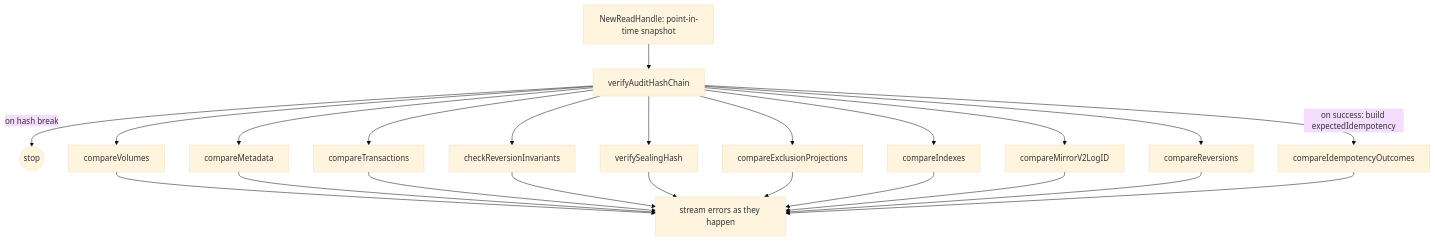
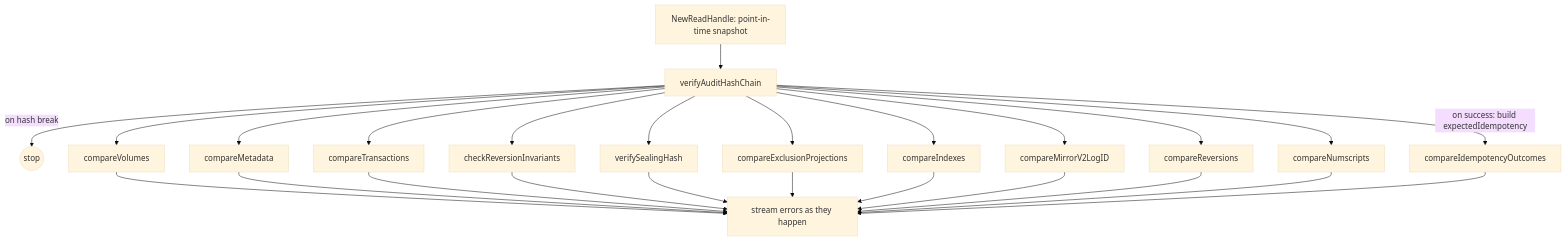
The diagram in docs/technical/architecture/subsystems/checker/checker.md (formancehq/ledger), drawn with Mermaid (base theme) before and after one commit. The commit also changed other lines of this file and 75 other files, not shown here.

````diff
--- a/docs/technical/architecture/subsystems/checker/checker.md
+++ b/docs/technical/architecture/subsystems/checker/checker.md
@@ -67,17 +69,18 @@
 ```mermaid
 flowchart TB
     A[NewReadHandle: point-in-time snapshot] --> B[verifyAuditHashChain]
     B -->|on hash break| Z((stop))
     B -->|on success: build expectedIdempotency| C[compareIdempotencyOutcomes]
     B --> D[compareVolumes]
     B --> E[compareMetadata]
     B --> F[compareTransactions]
     B --> G[checkReversionInvariants]
     B --> H[verifySealingHash]
     B --> I[compareExclusionProjections]
     B --> J[compareIndexes]
     B --> L[compareMirrorV2LogID]
     B --> M[compareReversions]
-    D & E & F & G & H & I & J & L & M --> K[stream errors as they happen]
+    B --> N[compareNumscripts]
+    D & E & F & G & H & I & J & L & M & N --> K[stream errors as they happen]
     C --> K
 ```
````
